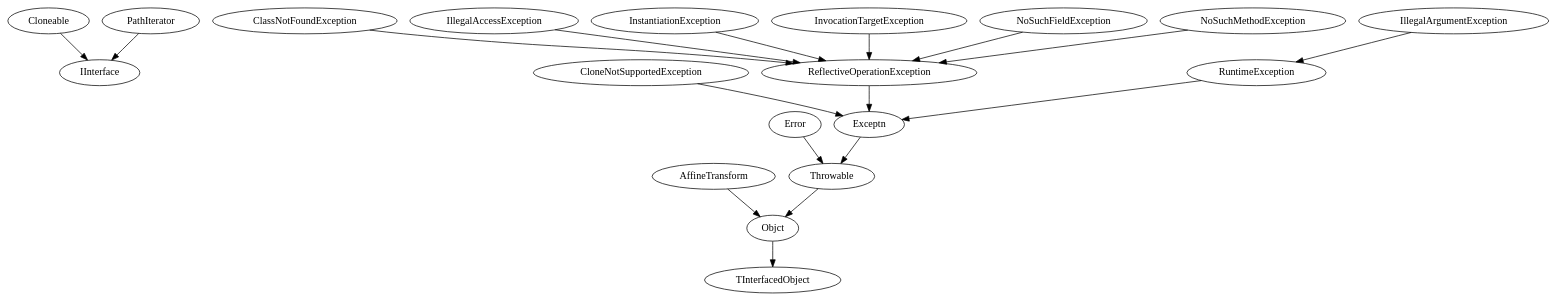
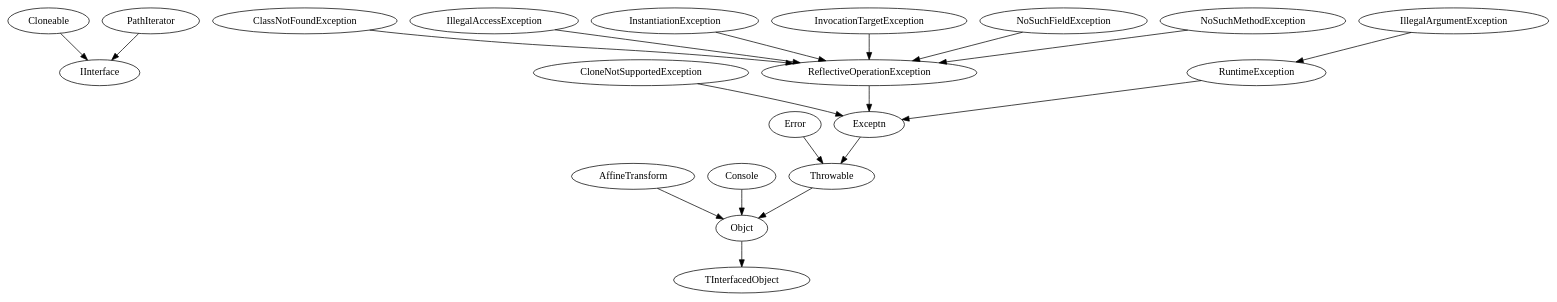
The diagram in docs/GVClasses.dot (coelhole/newpascal), drawn with Graphviz before and after one commit. The commit also changed 23 other files, not shown here.

```diff
--- a/docs/GVClasses.dot
+++ b/docs/GVClasses.dot
@@ -1,36 +1,38 @@
 DiGraph Classes {
   "Cloneable" -> "IInterface"
   "Cloneable" [href="NewPascal.Base.Cloneable.html"]
   "PathIterator" -> "IInterface"
   "PathIterator" [href="NewPascal.GUI.Geom.PathIterator.html"]
   "Objct" -> "TInterfacedObject"
   "Objct" [href="NewPascal.Base.Objct.html"]
   "AffineTransform" -> "Objct"
   "AffineTransform" [href="NewPascal.GUI.Geom.AffineTransform.html"]
+  "Console" -> "Objct"
+  "Console" [href="NewPascal.IO.Console.Console.html"]
   "Throwable" -> "Objct"
   "Throwable" [href="NewPascal.Base.Throwable.html"]
   "Error" -> "Throwable"
   "Error" [href="NewPascal.Base.Error.html"]
   "Exceptn" -> "Throwable"
   "Exceptn" [href="NewPascal.Base.Exceptn.html"]
   "CloneNotSupportedException" -> "Exceptn"
   "CloneNotSupportedException" [href="NewPascal.Base.CloneNotSupportedException.html"]
   "ReflectiveOperationException" -> "Exceptn"
   "ReflectiveOperationException" [href="NewPascal.Base.ReflectiveOperationException.html"]
   "ClassNotFoundException" -> "ReflectiveOperationException"
   "ClassNotFoundException" [href="NewPascal.Base.ClassNotFoundException.html"]
   "IllegalAccessException" -> "ReflectiveOperationException"
   "IllegalAccessException" [href="NewPascal.Base.IllegalAccessException.html"]
   "InstantiationException" -> "ReflectiveOperationException"
   "InstantiationException" [href="NewPascal.Base.InstantiationException.html"]
   "InvocationTargetException" -> "ReflectiveOperationException"
   "InvocationTargetException" [href="NewPascal.Base.InvocationTargetException.html"]
   "NoSuchFieldException" -> "ReflectiveOperationException"
   "NoSuchFieldException" [href="NewPascal.Base.NoSuchFieldException.html"]
   "NoSuchMethodException" -> "ReflectiveOperationException"
   "NoSuchMethodException" [href="NewPascal.Base.NoSuchMethodException.html"]
   "RuntimeException" -> "Exceptn"
   "RuntimeException" [href="NewPascal.Base.RuntimeException.html"]
   "IllegalArgumentException" -> "RuntimeException"
   "IllegalArgumentException" [href="NewPascal.Base.IllegalArgumentException.html"]
 }
```
